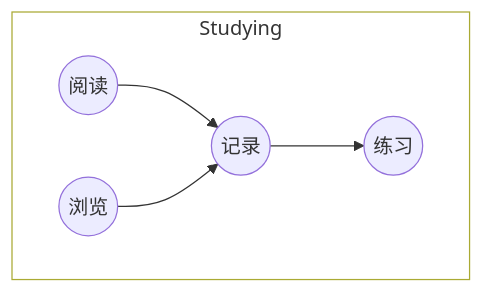
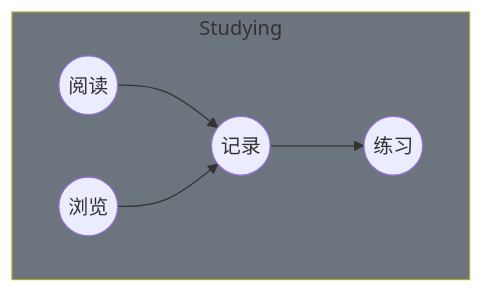
One commit to aurelius-shu/lmsl changed the diagram in studying/readme.md. Above: the diagram before and after it, drawn with Mermaid. The commit also changed other lines of this file and 3 other files, not shown here.

````diff
--- a/studying/readme.md
+++ b/studying/readme.md
@@ -3,10 +29,8 @@
 ```mermaid
 flowchart LR
-    subgraph bg [Studying]
-        direction LR
-        reading((阅读)) --> recording((记录))
-        browsing((浏览)) --> recording((记录))
-            recording((记录)) --> practicing((练习))
-    end
-    style bg fill:#fff
+  subgraph bg [Studying]
+    direction LR
+    reading((阅读)) & browsing((浏览)) --> recording((记录)) --> practicing((练习))
+  end
+  style bg fill:#6c757d
 ```
````
